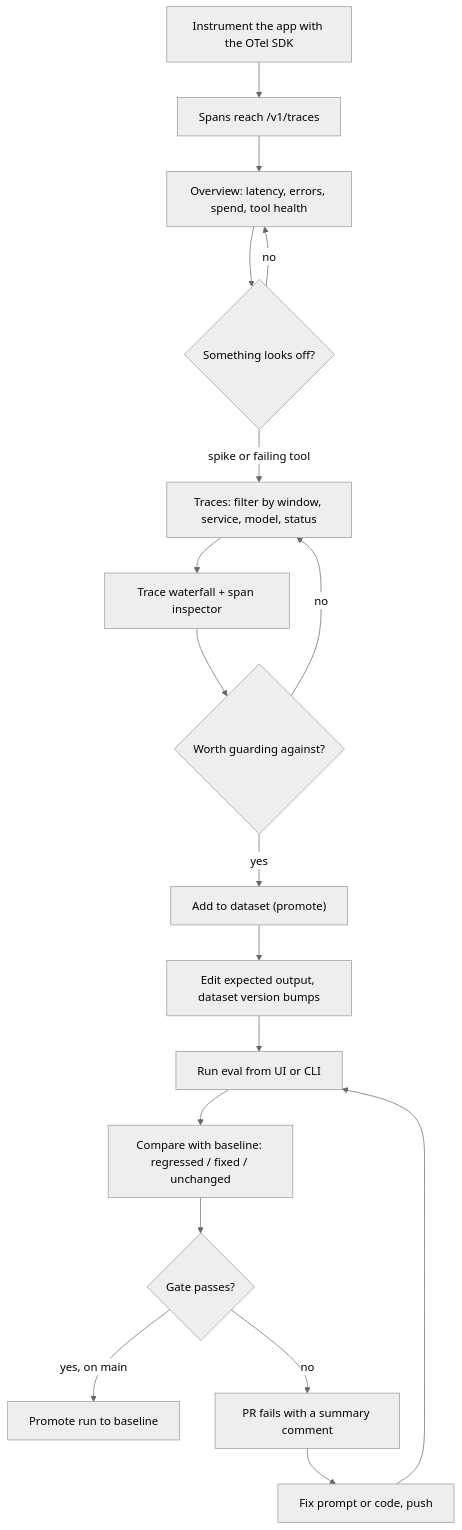
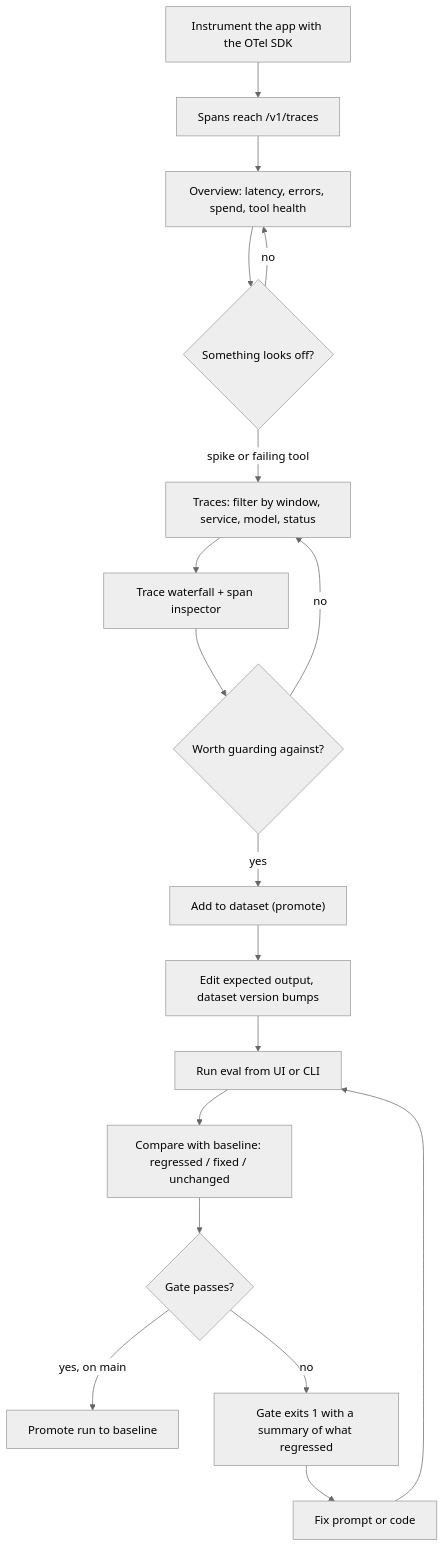
One commit to devm29/tracebench changed the fourth of 6 diagrams in README.md. Above: the diagram before and after it, drawn with Mermaid (neutral theme). The commit also changed other lines of this file and 14 other files, not shown here.

````diff
--- a/README.md
+++ b/README.md
@@ -231,20 +236,20 @@
 ```mermaid
 flowchart TD
     A["Instrument the app with the OTel SDK"] --> B["Spans reach /v1/traces"]
     B --> C["Overview: latency, errors, spend, tool health"]
     C --> D{"Something looks off?"}
     D -- "spike or failing tool" --> E["Traces: filter by window, service, model, status"]
     E --> F["Trace waterfall + span inspector"]
     F --> G{"Worth guarding against?"}
     G -- "yes" --> H["Add to dataset (promote)"]
     H --> I["Edit expected output, dataset version bumps"]
     I --> J["Run eval from UI or CLI"]
     J --> K["Compare with baseline: regressed / fixed / unchanged"]
     K --> L{"Gate passes?"}
     L -- "yes, on main" --> M["Promote run to baseline"]
-    L -- "no" --> N["PR fails with a summary comment"]
-    N --> O["Fix prompt or code, push"]
+    L -- "no" --> N["Gate exits 1 with a summary of what regressed"]
+    N --> O["Fix prompt or code"]
     O --> J
     D -- "no" --> C
     G -- "no" --> E
 ```
````
